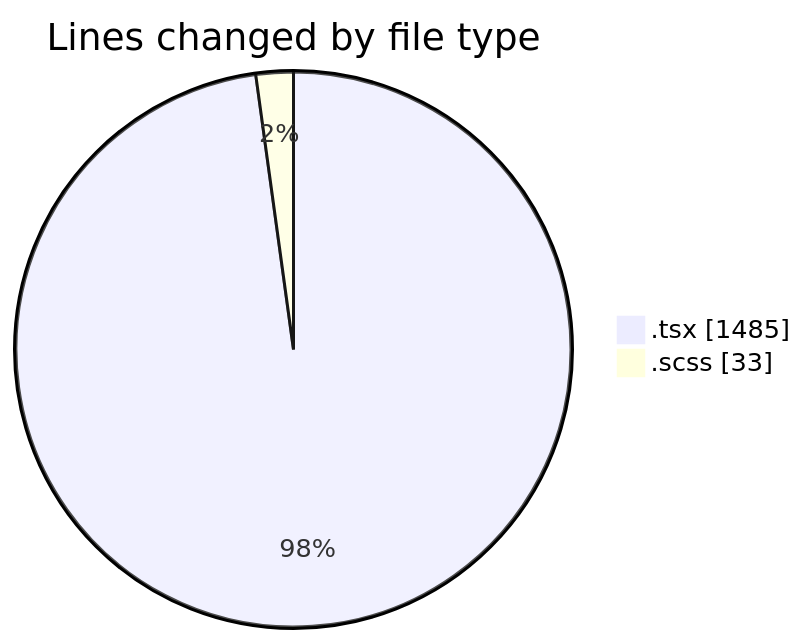
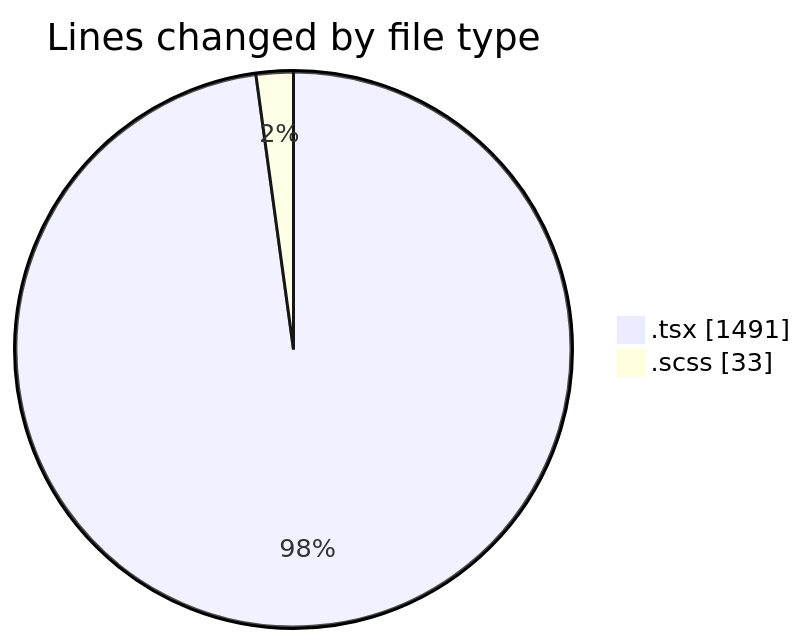
One commit to momahboobian/code-tracking changed the first of 2 diagrams in 2026-10-20/cda/README.md. Above: the diagram before and after it, drawn with Mermaid. The commit also changed other lines of this file and 1 other file, not shown here.

````diff
--- a/2026-10-20/cda/README.md
+++ b/2026-10-20/cda/README.md
@@ -24,6 +24,6 @@
 ```mermaid
 pie showData
 title Lines changed by file type
-".tsx" : 1485
+".tsx" : 1491
 ".scss" : 33
 ```
````
